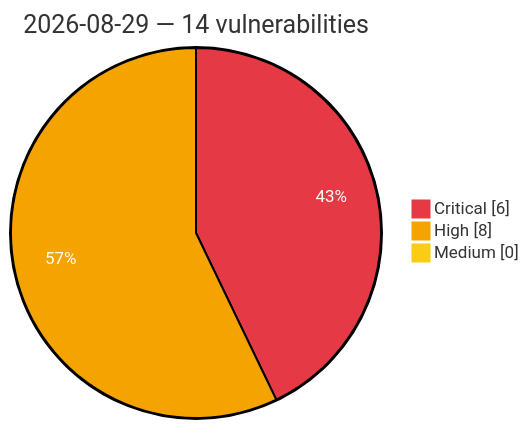
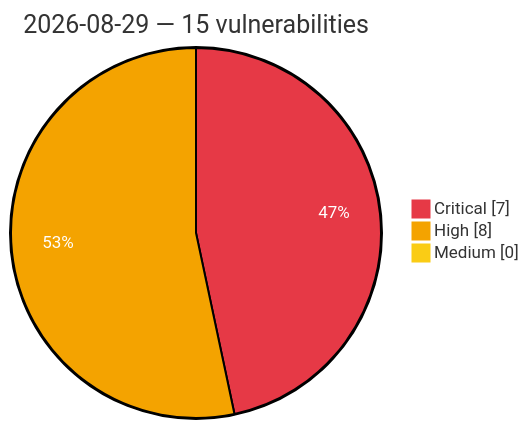
One commit to GhostX0X/vuln-tracker changed the diagram in vulnerabilities/2026/August/2026-08-29.md. Above: the diagram before and after it, drawn with Mermaid. The commit also changed other lines of this file and 5 other files, not shown here.

````diff
--- a/vulnerabilities/2026/August/2026-08-29.md
+++ b/vulnerabilities/2026/August/2026-08-29.md
@@ -3,8 +3,8 @@
 ```mermaid
 %%{init: {'theme':'base', 'themeVariables': {'pie1':'#e63946', 'pie2':'#f4a300', 'pie3':'#facc15', 'pieOpacity':'1', 'pieOuterStrokeWidth':'2px', 'pieSectionTextColor':'#ffffff'}}}%%
 pie showData
-    title 2026-08-29 — 14 vulnerabilities
-    "Critical" : 6
+    title 2026-08-29 — 15 vulnerabilities
+    "Critical" : 7
     "High" : 8
     "Medium" : 0
 ```
````
